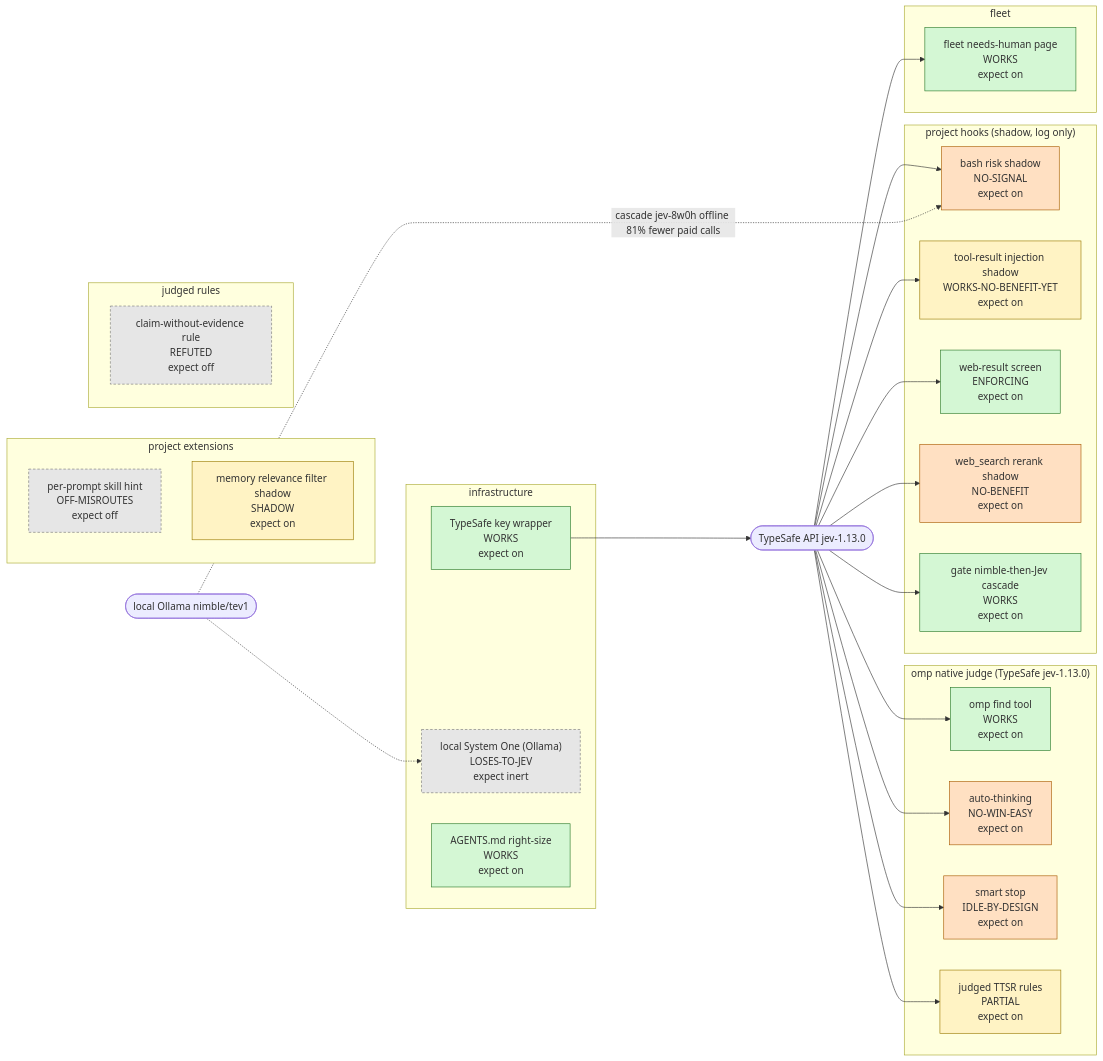
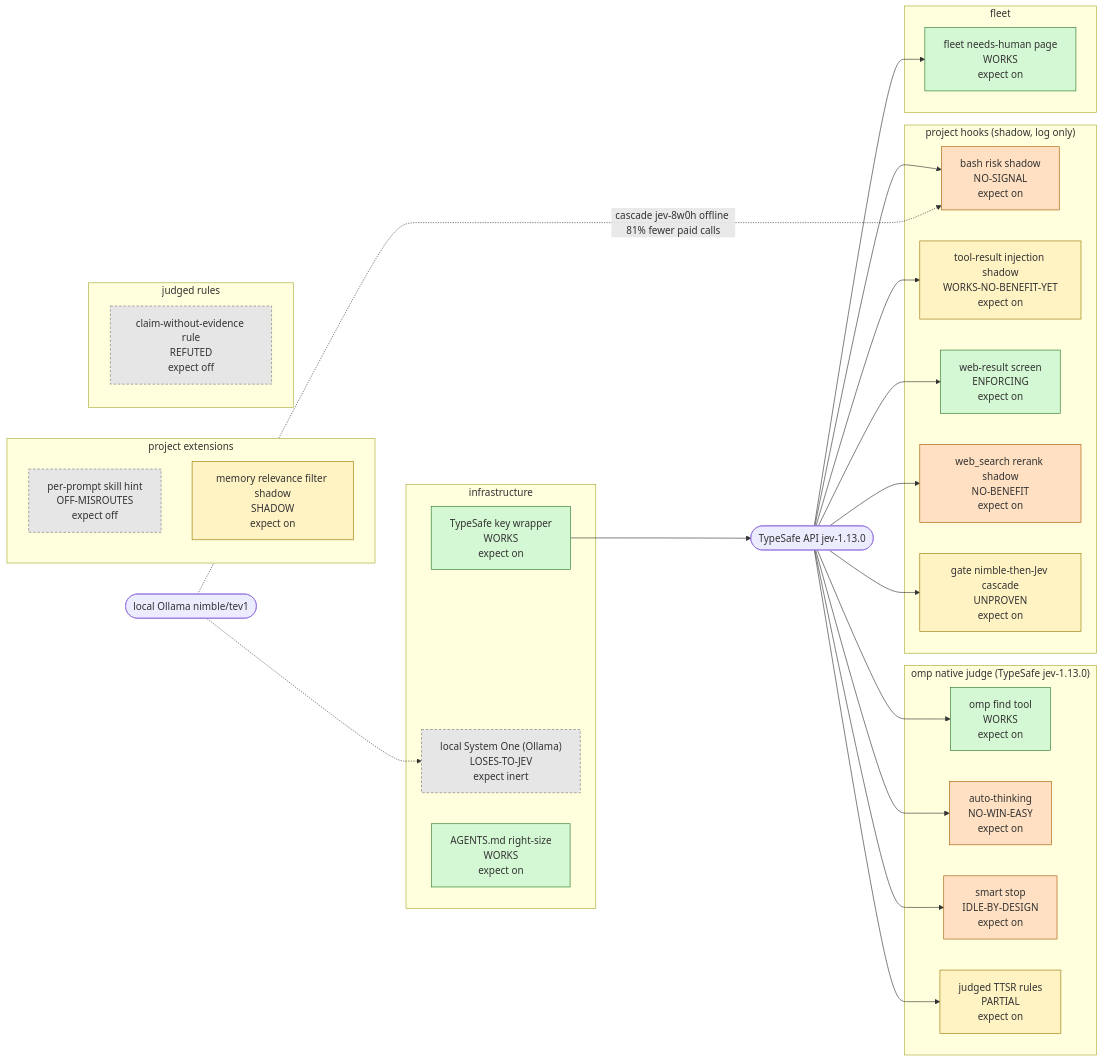
One commit to JYeswak/jev_playground changed the diagram in work/jev-inventory/goldens/inventory-structure.mmd. Above: the diagram before and after it, drawn with Mermaid. The commit also changed 1 other file, not shown here.

Commit message:
data(jev-inventory): gate cascade WORKS -> UNPROVEN until the live saving is measured and verified [test]

```diff
--- a/work/jev-inventory/goldens/inventory-structure.mmd
+++ b/work/jev-inventory/goldens/inventory-structure.mmd
@@ -1,52 +1,52 @@
 flowchart LR
   JEV(["TypeSafe API jev-1.13.0"])
   LOCAL(["local Ollama nimble/tev1"])
   subgraph native["omp native judge (TypeSafe jev-1.13.0)"]
     find["omp find tool<br/>WORKS<br/>expect on"]
     auto_thinking["auto-thinking<br/>NO-WIN-EASY<br/>expect on"]
     smart_stop["smart stop<br/>IDLE-BY-DESIGN<br/>expect on"]
     ttsr_judged["judged TTSR rules<br/>PARTIAL<br/>expect on"]
   end
   subgraph hook["project hooks (shadow, log only)"]
     gate_observe["bash risk shadow<br/>NO-SIGNAL<br/>expect on"]
     injection_shadow["tool-result injection shadow<br/>WORKS-NO-BENEFIT-YET<br/>expect on"]
     webscreen["web-result screen<br/>ENFORCING<br/>expect on"]
     websearch_rerank["web_search rerank shadow<br/>NO-BENEFIT<br/>expect on"]
-    gate_cascade["gate nimble-then-Jev cascade<br/>WORKS<br/>expect on"]
+    gate_cascade["gate nimble-then-Jev cascade<br/>UNPROVEN<br/>expect on"]
   end
   subgraph extension["project extensions"]
     skill_hint["per-prompt skill hint<br/>OFF-MISROUTES<br/>expect off"]
     memory_filter["memory relevance filter shadow<br/>SHADOW<br/>expect on"]
   end
   subgraph rule["judged rules"]
     claim_rule["claim-without-evidence rule<br/>REFUTED<br/>expect off"]
   end
   subgraph fleet["fleet"]
     needs_human["fleet needs-human page<br/>WORKS<br/>expect on"]
   end
   subgraph infra["infrastructure"]
     key_wrapper["TypeSafe key wrapper<br/>WORKS<br/>expect on"]
     local_sys1["local System One (Ollama)<br/>LOSES-TO-JEV<br/>expect inert"]
     agents_trim["AGENTS.md right-size<br/>WORKS<br/>expect on"]
   end
   JEV --> find
   JEV --> auto_thinking
   JEV --> smart_stop
   JEV --> ttsr_judged
   JEV --> gate_observe
   JEV --> injection_shadow
   JEV --> webscreen
   JEV --> websearch_rerank
   JEV --> needs_human
   LOCAL -.-> local_sys1
   JEV --> gate_cascade
   LOCAL -. cascade jev-8w0h offline 81% fewer paid calls .-> gate_observe
   key_wrapper --> JEV
   classDef works fill:#d4f7d4,stroke:#2a7a2a
   classDef unproven fill:#fff3c4,stroke:#9a7a00
   classDef nobenefit fill:#ffe0c2,stroke:#a85a00
   classDef off fill:#e6e6e6,stroke:#777,stroke-dasharray:4 3
   class auto_thinking,smart_stop,gate_observe,websearch_rerank nobenefit
   class skill_hint,claim_rule,local_sys1 off
-  class ttsr_judged,injection_shadow,memory_filter unproven
-  class find,webscreen,needs_human,key_wrapper,agents_trim,gate_cascade works
+  class ttsr_judged,injection_shadow,memory_filter,gate_cascade unproven
+  class find,webscreen,needs_human,key_wrapper,agents_trim works
```
